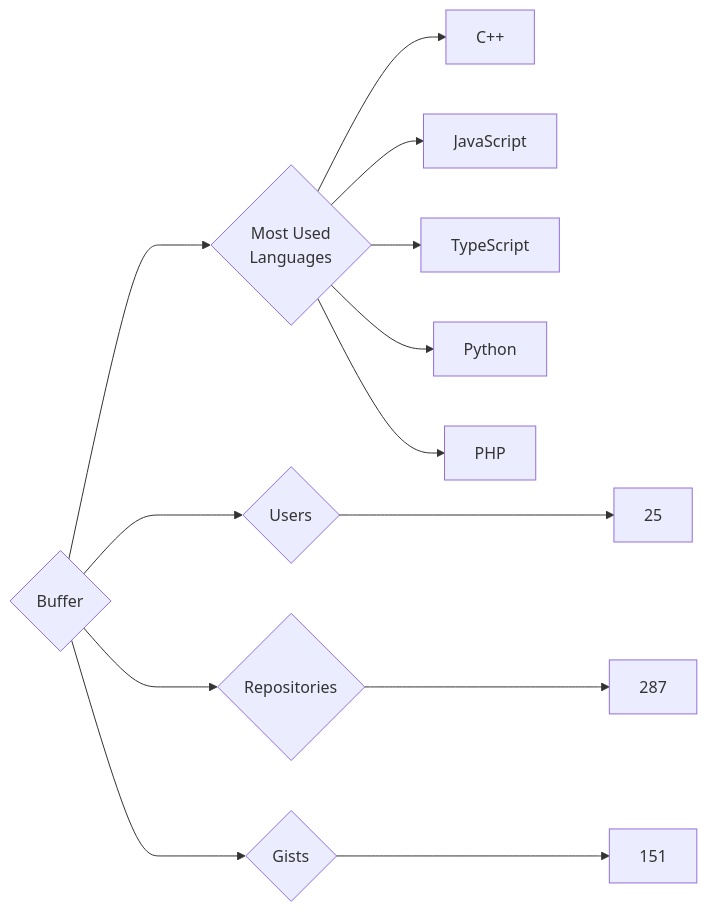
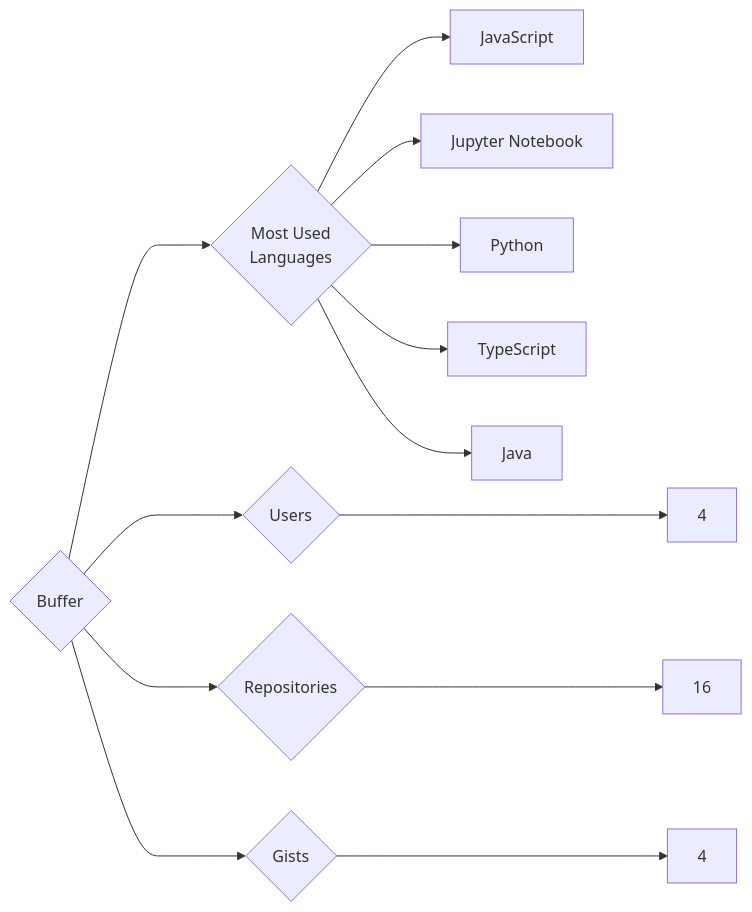
One commit to trickest/insiders changed the diagram in targets/Buffer/README.md. Above: the diagram before and after it, drawn with Mermaid. The commit also changed 676 other files, not shown here.

````diff
--- a/targets/Buffer/README.md
+++ b/targets/Buffer/README.md
@@ -3,13 +3,13 @@
 ```mermaid
 graph LR
 COMPANY_NAME{Buffer}
-COMPANY_NAME ---> U{Users} ---> UN[25]
-COMPANY_NAME ---> R{Repositories} ---> RN[287]
-COMPANY_NAME ---> G{Gists} ---> GN[151]
+COMPANY_NAME ---> U{Users} ---> UN[4]
+COMPANY_NAME ---> R{Repositories} ---> RN[16]
+COMPANY_NAME ---> G{Gists} ---> GN[4]
 COMPANY_NAME ---> ML{Most Used<br>Languages}
-ML --> C++[C++]
 ML --> JavaScript[JavaScript]
+ML --> Jupyter_Notebook[Jupyter Notebook]
+ML --> Python[Python]
 ML --> TypeScript[TypeScript]
-ML --> Python[Python]
-ML --> PHP[PHP]
+ML --> Java[Java]
 ```
````
